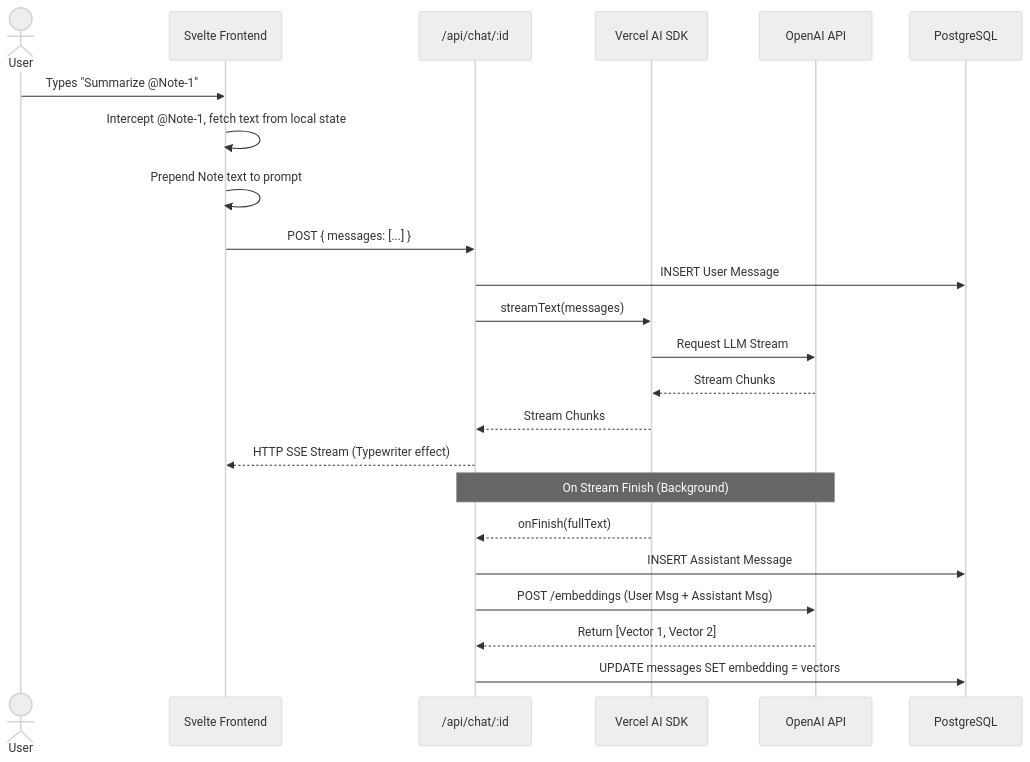
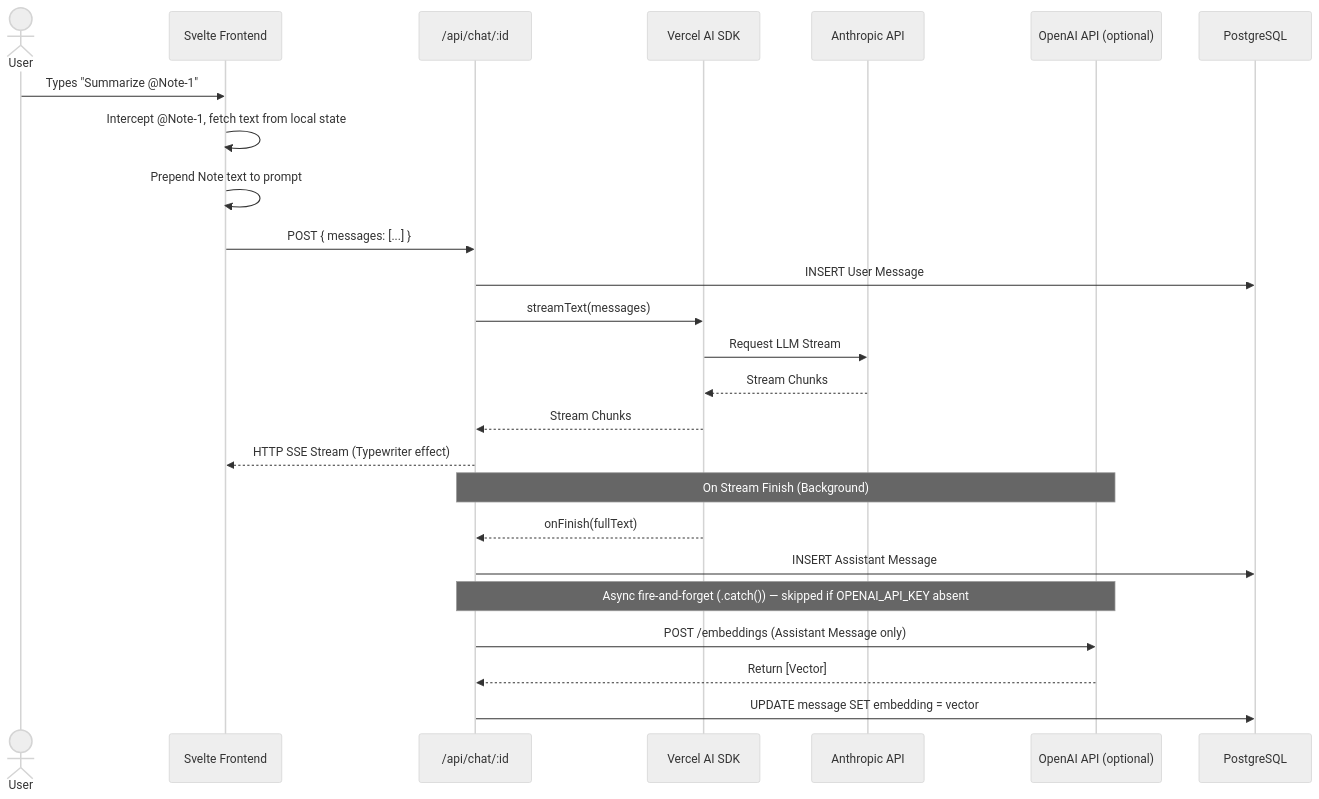
Before and after one commit to m1981/mychat-svelte: the third of 3 diagrams in doc/02-domain-and-architecture.md, drawn with Mermaid (neutral theme). The commit also changed other lines of this file and 4 other files, not shown here.

````diff
--- a/doc/02-domain-and-architecture.md
+++ b/doc/02-domain-and-architecture.md
@@ -179,30 +180,32 @@
 ```mermaid
 sequenceDiagram
     actor User
     participant UI as Svelte Frontend
     participant API as /api/chat/:id
     participant AI as Vercel AI SDK
-    participant OpenAI as OpenAI API
+    participant Anthropic as Anthropic API
+    participant OpenAI as OpenAI API (optional)
     participant DB as PostgreSQL
 
     User->>UI: Types "Summarize @Note-1"
     UI->>UI: Intercept @Note-1, fetch text from local state
     UI->>UI: Prepend Note text to prompt
     UI->>API: POST { messages: [...] }
-    
+
     API->>DB: INSERT User Message
     API->>AI: streamText(messages)
-    AI->>OpenAI: Request LLM Stream
-    
-    OpenAI-->>AI: Stream Chunks
+    AI->>Anthropic: Request LLM Stream
+
+    Anthropic-->>AI: Stream Chunks
     AI-->>API: Stream Chunks
     API-->>UI: HTTP SSE Stream (Typewriter effect)
-    
+
     Note over API,OpenAI: On Stream Finish (Background)
     AI-->>API: onFinish(fullText)
     API->>DB: INSERT Assistant Message
-    
-    API->>OpenAI: POST /embeddings (User Msg + Assistant Msg)
-    OpenAI-->>API: Return [Vector 1, Vector 2]
-    API->>DB: UPDATE messages SET embedding = vectors
+
+    Note over API,OpenAI: Async fire-and-forget (.catch()) — skipped if OPENAI_API_KEY absent
+    API->>OpenAI: POST /embeddings (Assistant Message only)
+    OpenAI-->>API: Return [Vector]
+    API->>DB: UPDATE message SET embedding = vector
 ```
````
